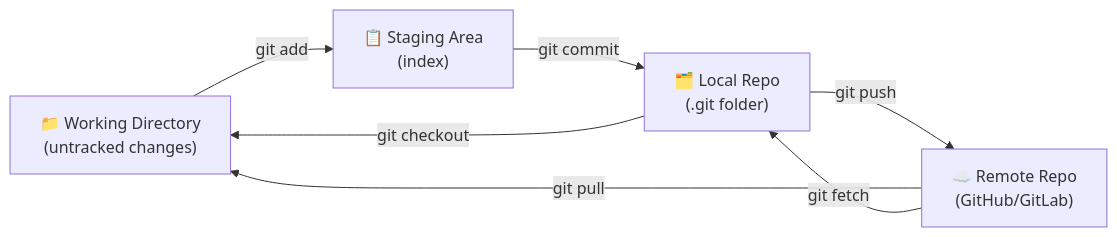
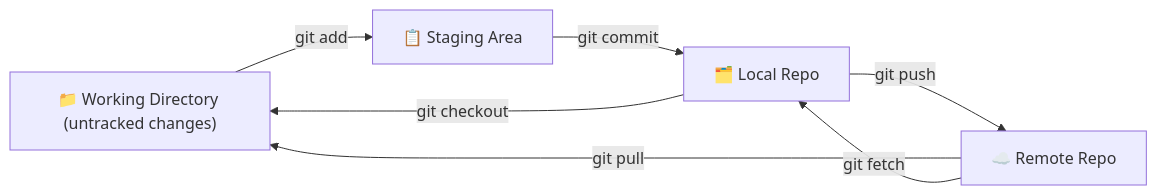
Before and after one commit to naveenkumar1661997/notes: the first of 4 diagrams in git.md, drawn with Mermaid. The commit also changed other lines of this file and 12 other files, not shown here.

```diff
--- a/git.md
+++ b/git.md
@@ -33,10 +33,10 @@
 <pre class="mermaid">
 flowchart LR
-    WD["📁 Working Directory\n(untracked changes)"]
-    WD -->|git add| SA["📋 Staging Area\n(index)"]
-    SA -->|git commit| LR["🗂️ Local Repo\n(.git folder)"]
-    LR -->|git push| RR["☁️ Remote Repo\n(GitHub/GitLab)"]
+    WD["📁 Working Directory (untracked changes)"]
+    WD -->|git add| SA["📋 Staging Area "]
+    SA -->|git commit| LR["🗂️ Local Repo "]
+    LR -->|git push| RR["☁️ Remote Repo "]
     RR -->|git pull| WD
     RR -->|git fetch| LR
     LR -->|git checkout| WD
 </pre>
```
